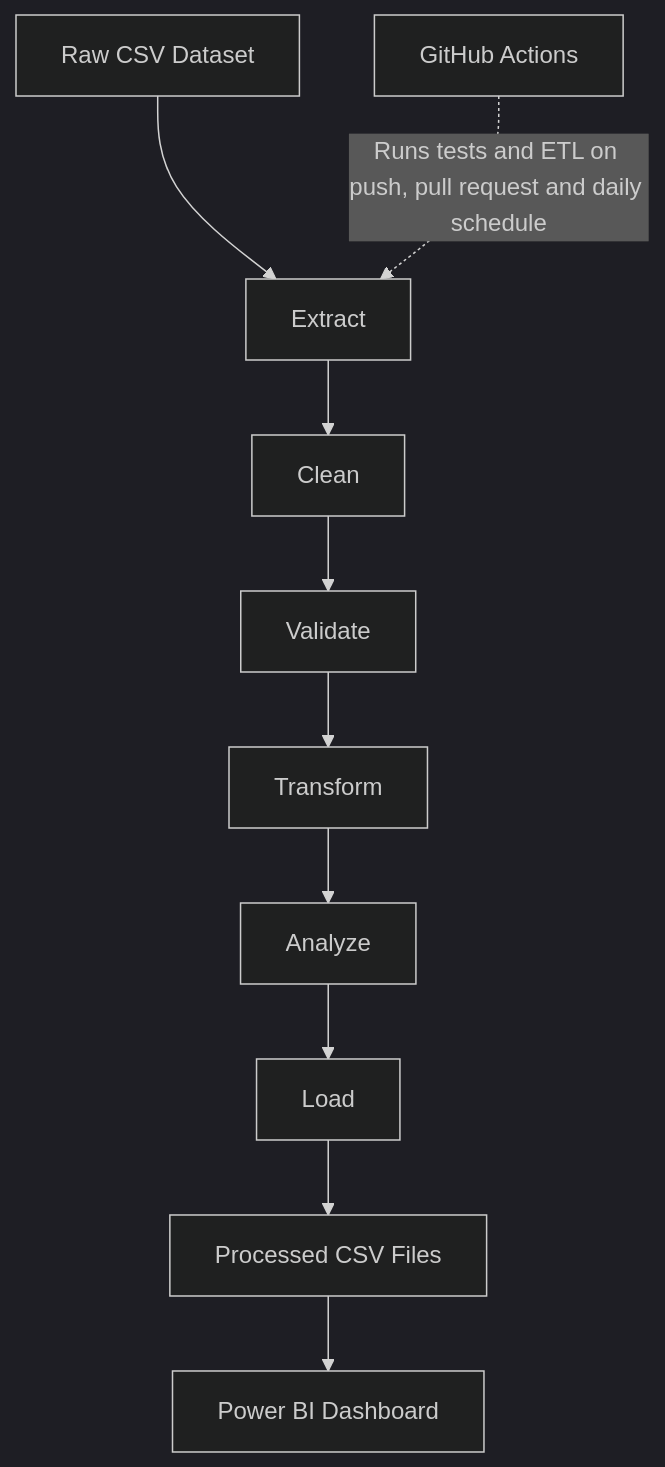
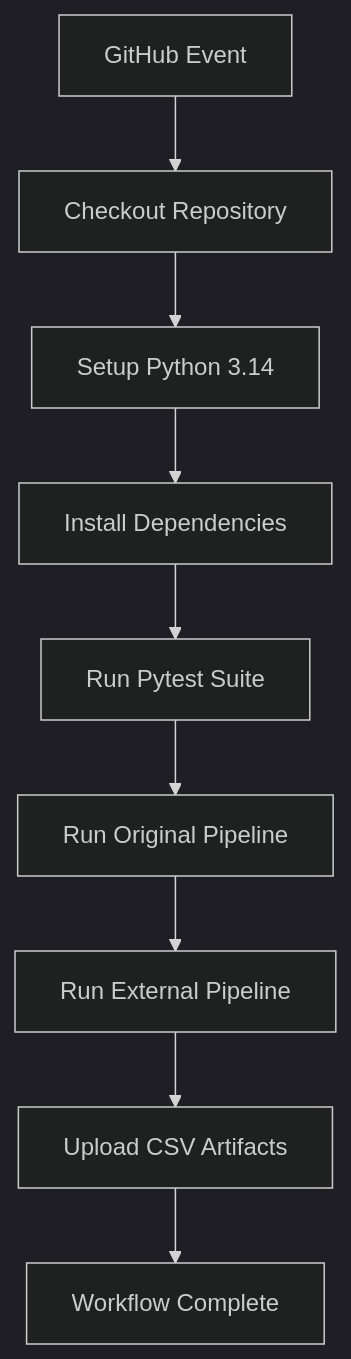
One commit to vishal-kushwaha-9912/student-performance-analytics changed the second of 2 diagrams in README.md. Above: the diagram before and after it, drawn with Mermaid (dark theme). The commit also changed other lines of this file and 12 other files, not shown here.

Commit message:
Add external student performance ETL pipeline and documentation

````diff
--- a/README.md
+++ b/README.md
@@ -85,13 +559,11 @@
 ```mermaid
 flowchart TD
-    A[Raw CSV Dataset] --> B[Extract]
-    B --> C[Clean]
-    C --> D[Validate]
-    D --> E[Transform]
-    E --> F[Analyze]
-    F --> G[Load]
-    G --> H[Processed CSV Files]
-    H --> I[Power BI Dashboard]
-
-    J[GitHub Actions] -.->|Runs tests and ETL on push, pull request and daily schedule| B
+    A[GitHub Event] --> B[Checkout Repository]
+    B --> C[Setup Python 3.14]
+    C --> D[Install Dependencies]
+    D --> E[Run Pytest Suite]
+    E --> F[Run Original Pipeline]
+    F --> G[Run External Pipeline]
+    G --> H[Upload CSV Artifacts]
+    H --> I[Workflow Complete]
 ```
````
